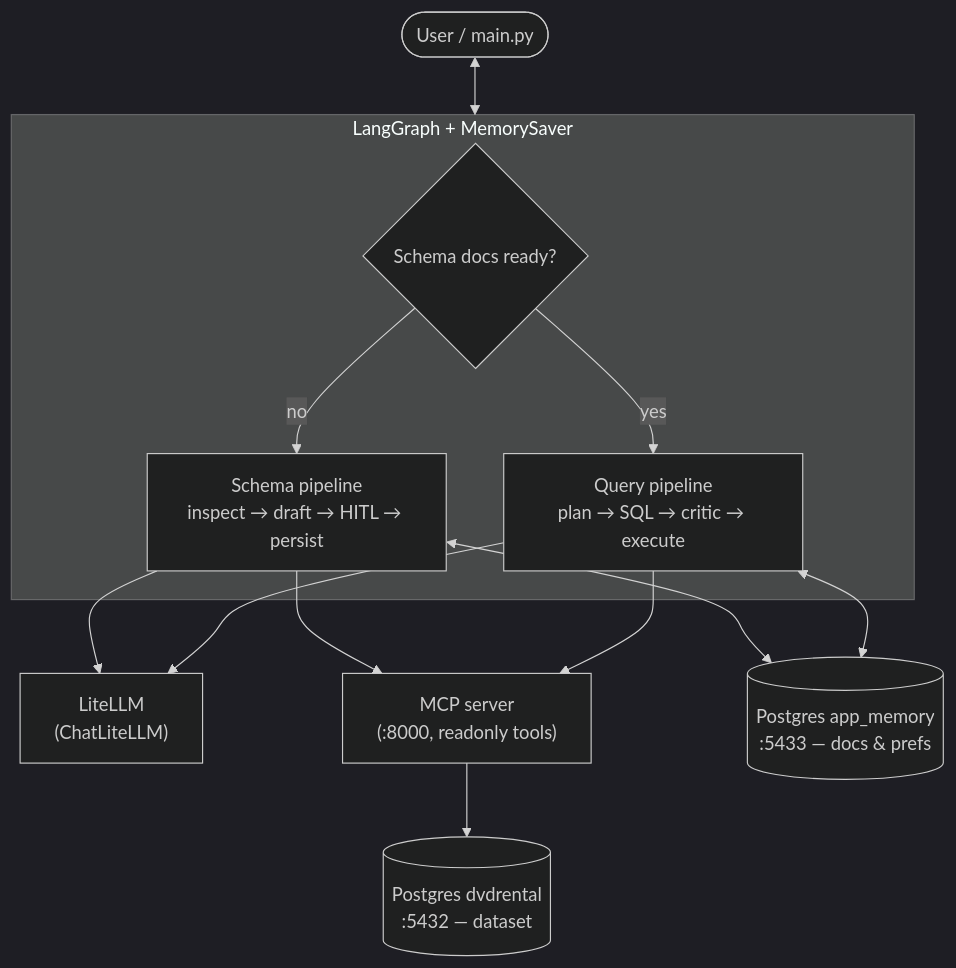
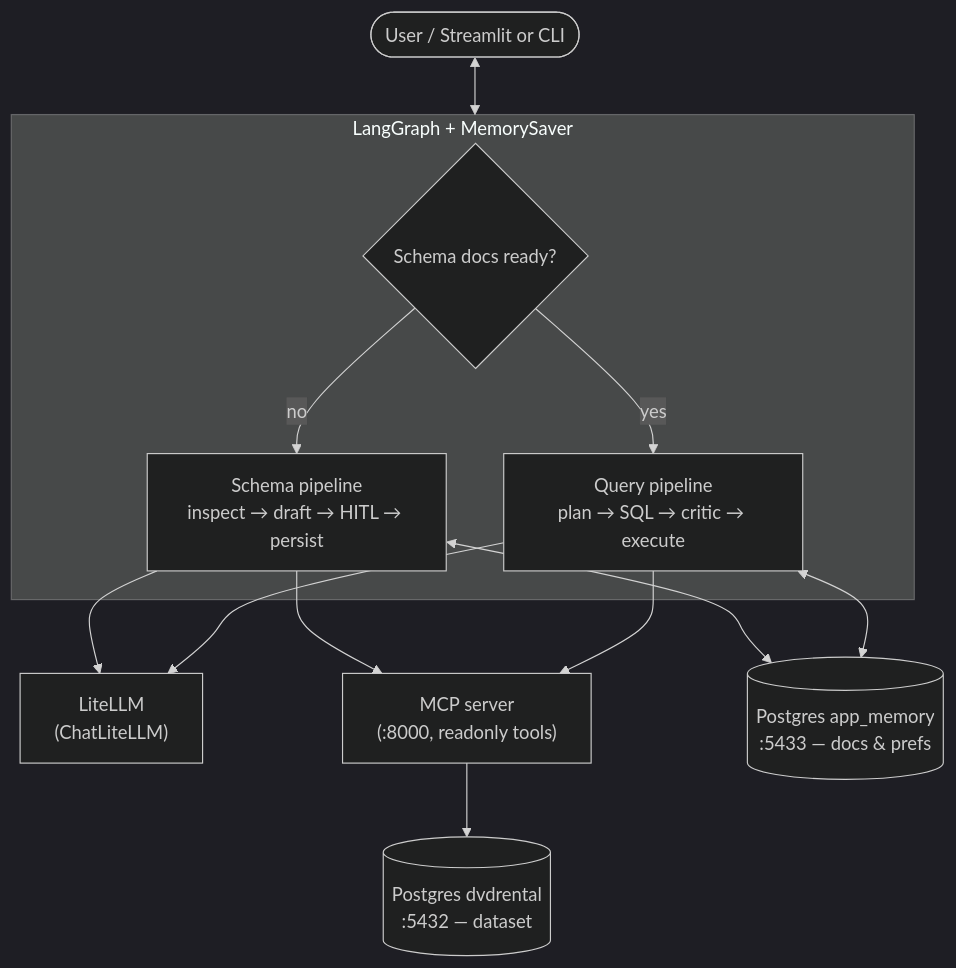
The diagram in README.md (lgonzalezrouco/db_multiagent_system), drawn with Mermaid (dark theme) before and after one commit. The commit also changed other lines of this file and 10 other files, not shown here.

````diff
--- a/README.md
+++ b/README.md
@@ -16,26 +16,26 @@
 ```mermaid
 flowchart TB
-    U([User / main.py])
+    U([User / Streamlit or CLI])
 
     subgraph LG["LangGraph + MemorySaver"]
         Gate{Schema docs ready?}
         Schema["Schema pipeline<br/>inspect → draft → HITL → persist"]
         Query["Query pipeline<br/>plan → SQL → critic → execute"]
         Gate -->|no| Schema
         Gate -->|yes| Query
     end
 
     LLM["LiteLLM<br/>(ChatLiteLLM)"]
     MCP["MCP server<br/>(:8000, readonly tools)"]
     AppMem[("Postgres app_memory<br/>:5433 — docs & prefs")]
     DVD[("Postgres dvdrental<br/>:5432 — dataset")]
 
     U <--> LG
     Schema --> LLM
     Query --> LLM
     Schema --> MCP
     Query --> MCP
     Schema <--> AppMem
     Query <--> AppMem
     MCP --> DVD
 ```
````
